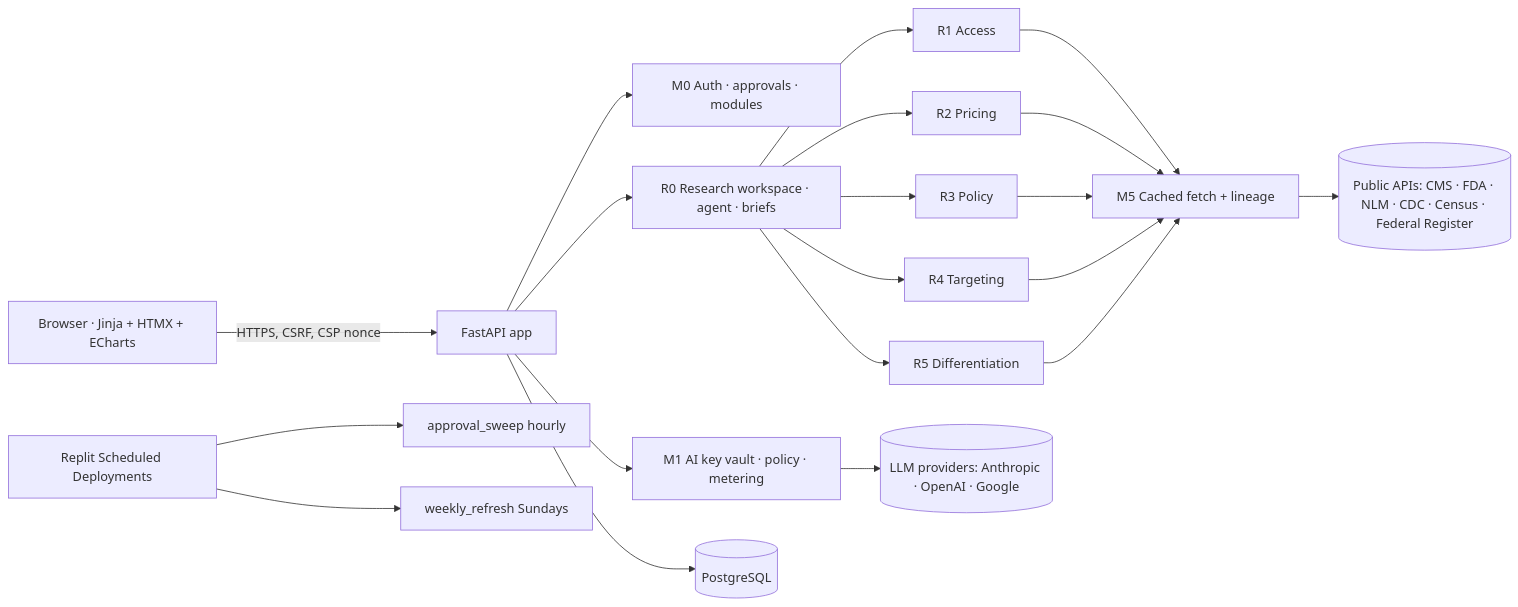
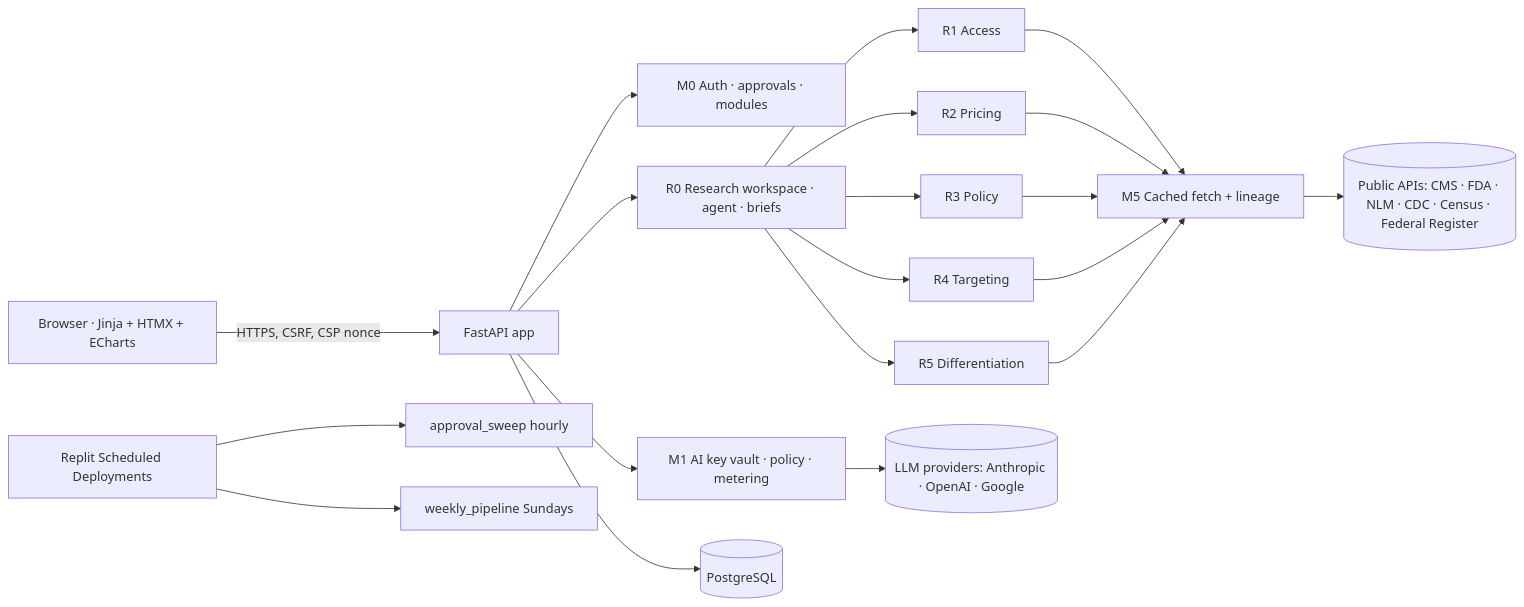
Before and after one commit to vpathisseril/launchlens: the diagram in README.md, drawn with Mermaid. The commit also changed other lines of this file and 9 other files, not shown here.

First line of the commit message:
feat(m5): sequential weekly data pipeline, publisher-aware and resource-bounded

````diff
--- a/README.md
+++ b/README.md
@@ -49,13 +49,13 @@
 ```mermaid
 flowchart LR
   U[Browser · Jinja + HTMX + ECharts] -->|HTTPS, CSRF, CSP nonce| A[FastAPI app]
   A --> M0[M0 Auth · approvals · modules]
   A --> M1[M1 AI key vault · policy · metering]
   A --> R0[R0 Research workspace · agent · briefs]
   R0 --> H1[R1 Access] & H2[R2 Pricing] & H3[R3 Policy] & H4[R4 Targeting] & H5[R5 Differentiation]
   H1 & H2 & H3 & H4 & H5 --> D[M5 Cached fetch + lineage]
   D --> P[(Public APIs: CMS · FDA · NLM · CDC · Census · Federal Register)]
   A --> DB[(PostgreSQL)]
   M1 --> L[(LLM providers: Anthropic · OpenAI · Google)]
-  S[Replit Scheduled Deployments] --> J1[approval_sweep hourly] & J2[weekly_refresh Sundays]
+  S[Replit Scheduled Deployments] --> J1[approval_sweep hourly] & J2[weekly_pipeline Sundays]
 ```
````
